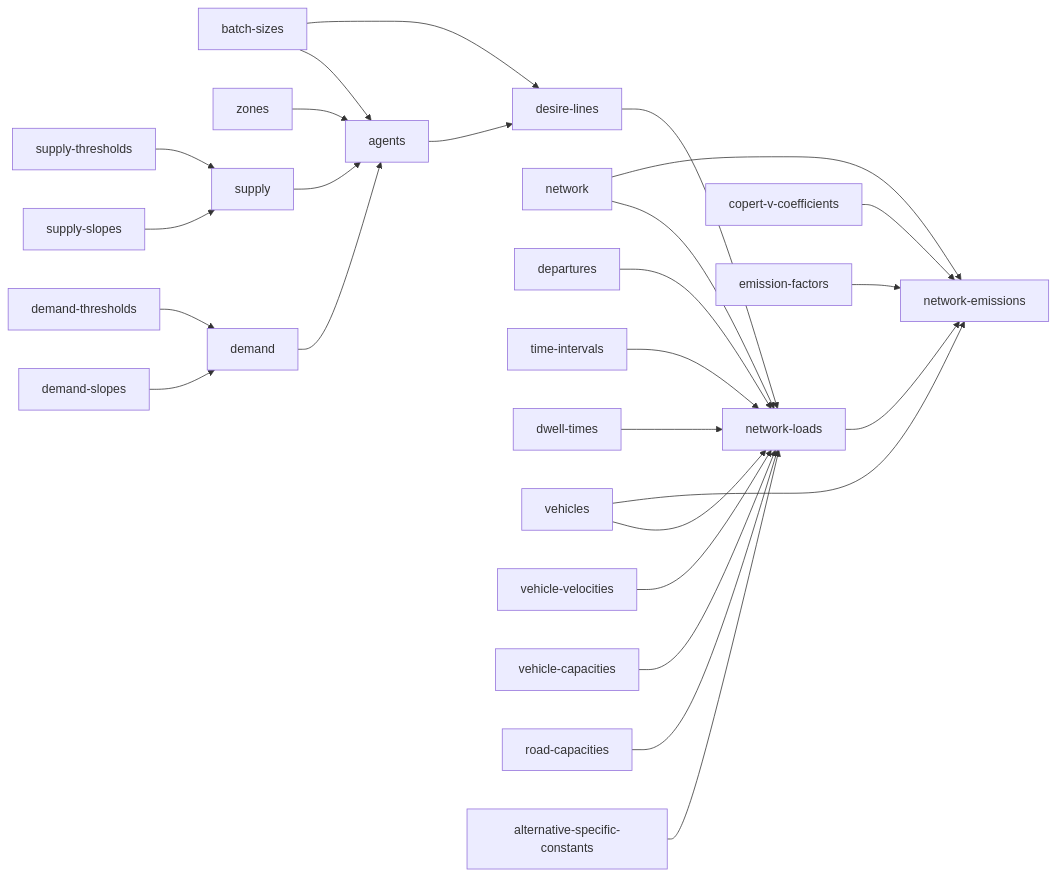
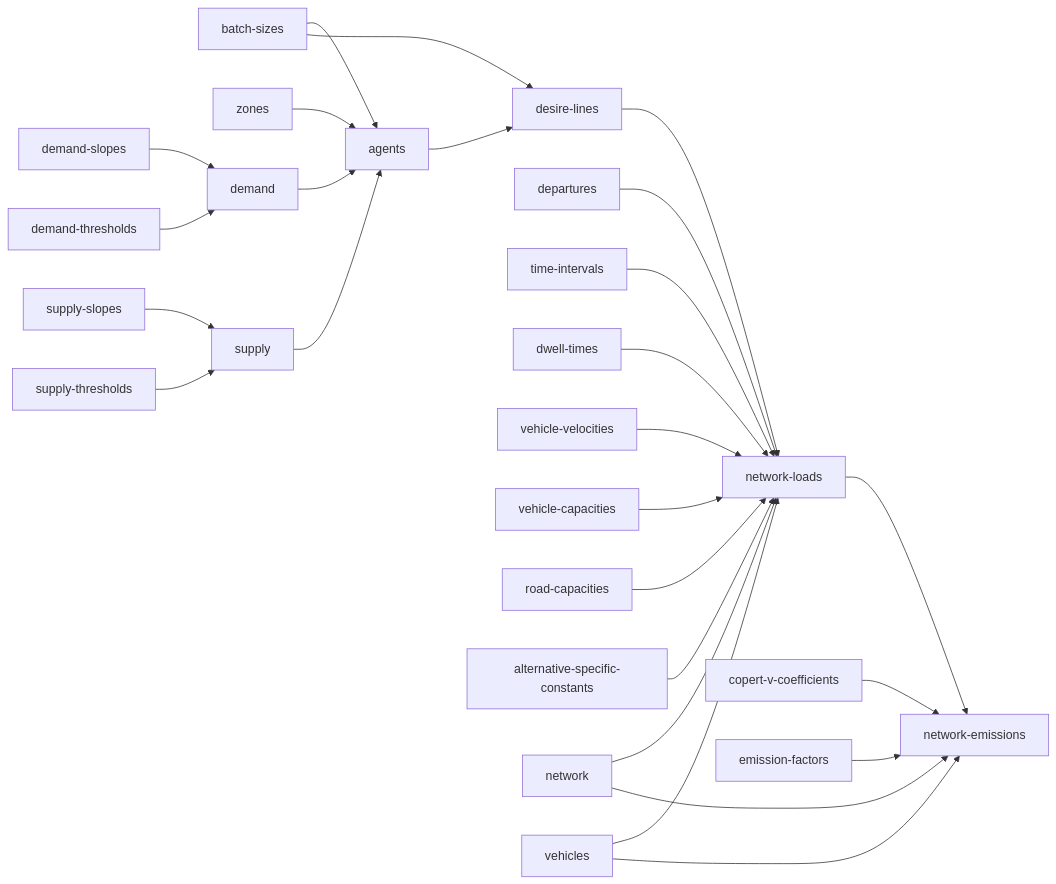
The diagram in README.md (hcubasd/urban-dollop), drawn with Mermaid before and after one commit. The commit also changed other lines of this file, not shown here.

Commit message:
Update README mermaid diagram edge order

````diff
--- a/README.md
+++ b/README.md
@@ -3,28 +3,28 @@
 ```mermaid
 flowchart LR
     batch_sizes[batch-sizes] --> agents
     zones[zones] --> agents
     demand_slopes[demand-slopes] --> demand[demand]
     demand_thresholds[demand-thresholds] --> demand
     supply_slopes[supply-slopes] --> supply[supply]
     supply_thresholds[supply-thresholds] --> supply
     demand --> agents[agents]
     supply --> agents
     agents --> desire_lines[desire-lines]
     batch_sizes --> desire_lines
     desire_lines --> network_loads
-    network[network] --> network_loads[network-loads]
     departures[departures] --> network_loads
     time_intervals[time-intervals] --> network_loads
     dwell_times[dwell-times] --> network_loads
-    vehicles[vehicles] --> network_loads
     vehicle_velocities[vehicle-velocities] --> network_loads
     vehicle_capacities[vehicle-capacities] --> network_loads
     road_capacities[road-capacities] --> network_loads
     alternative_specific_constants[alternative-specific-constants] --> network_loads
-    network_loads[network-loads] --> network_emissions[network-emissions]
+    network[network] --> network_loads[network-loads]
+    vehicles[vehicles] --> network_loads
     network --> network_emissions
     vehicles --> network_emissions
+    network_loads[network-loads] --> network_emissions[network-emissions]
     copert_v_coefficients[copert-v-coefficients] --> network_emissions
     emission_factors[emission-factors] --> network_emissions
 ```
````
